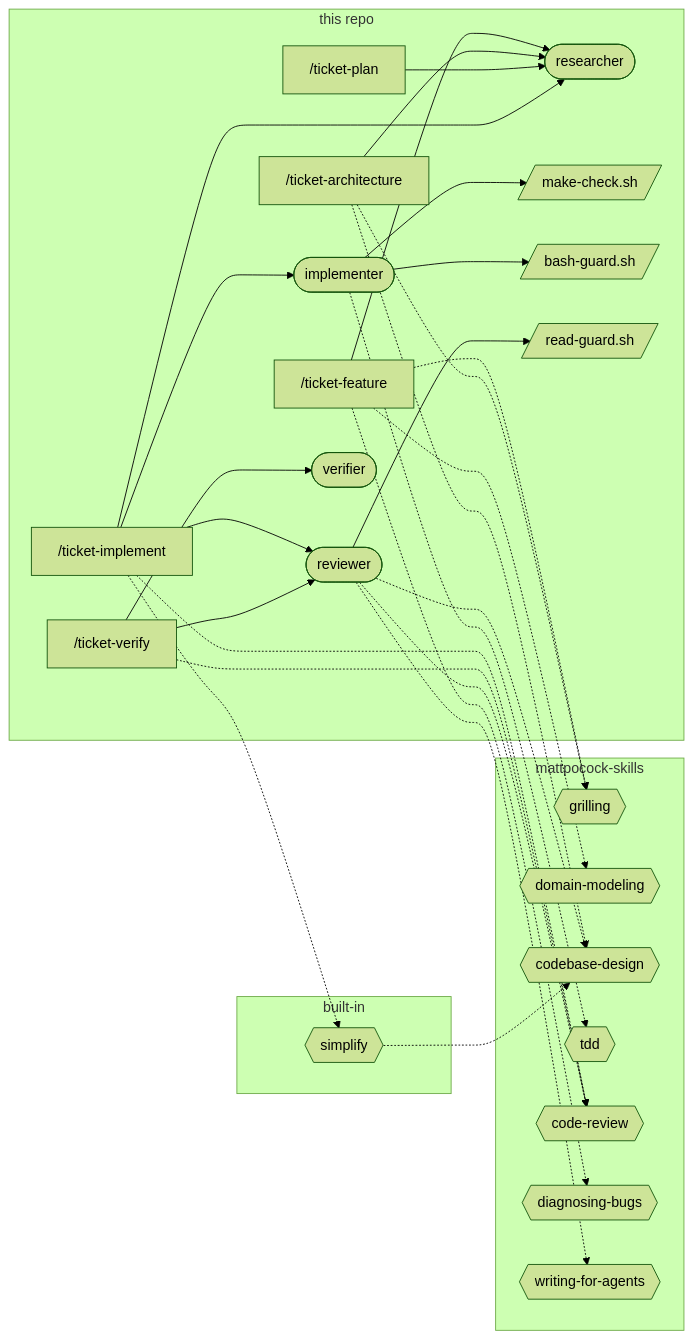
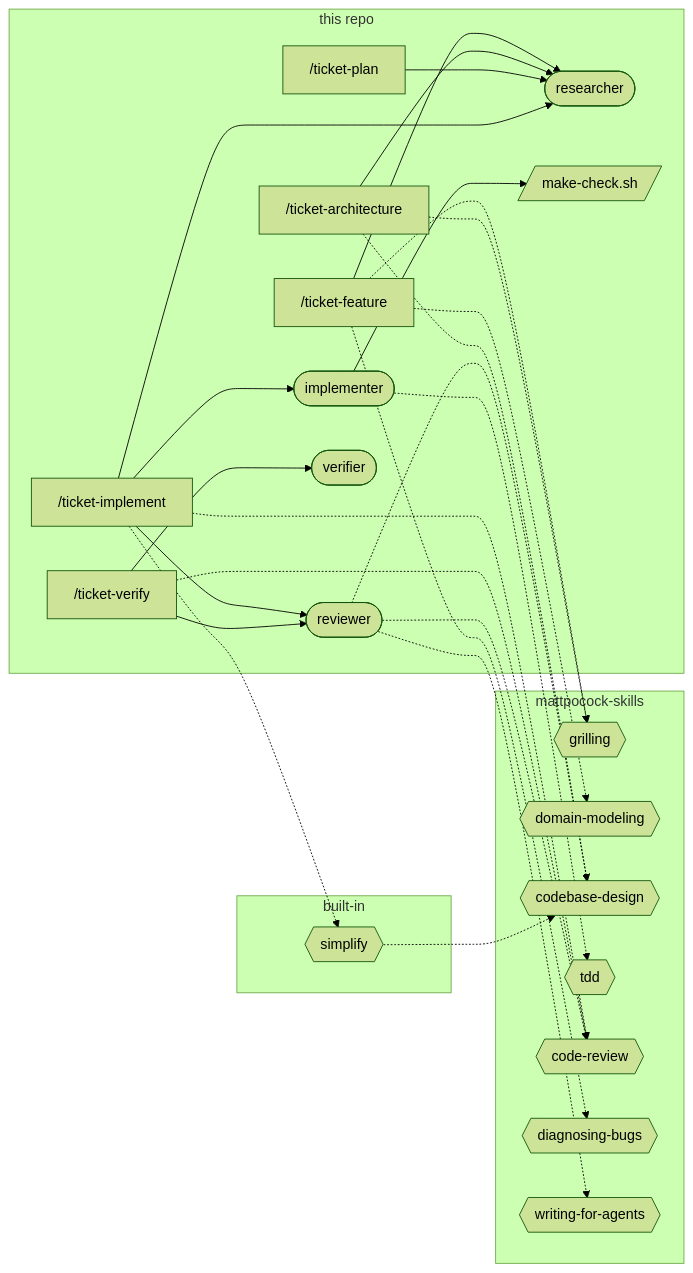
The second of 3 diagrams in docs/knowledge/sdd.md (khotei/app-template), drawn with Mermaid (forest theme) before and after one commit. The commit also changed other lines of this file and 6 other files, not shown here.

````diff
--- a/docs/knowledge/sdd.md
+++ b/docs/knowledge/sdd.md
@@ -78,43 +78,40 @@
 ```mermaid
 graph LR
   subgraph ours [this repo]
     feature["/ticket-feature"]
     arch["/ticket-architecture"]
     plan["/ticket-plan"]
     impl["/ticket-implement"]
     verify["/ticket-verify"]
     researcher([researcher])
     implementer([implementer])
     reviewer([reviewer])
     verifier([verifier])
     hook[/make-check.sh/]
-    guard[/bash-guard.sh/]
-    readguard[/read-guard.sh/]
   end
   subgraph plugin [mattpocock-skills]
     grilling{{grilling}}
     modeling{{domain-modeling}}
     design{{codebase-design}}
     tdd{{tdd}}
     review{{code-review}}
     diagnosing{{diagnosing-bugs}}
     writing{{writing-for-agents}}
   end
   subgraph builtin [built-in]
     simplify{{simplify}}
   end
   feature -.-> grilling & modeling & diagnosing
   feature --> researcher
   arch -.-> design & grilling
   arch --> researcher
   plan --> researcher
   impl --> implementer & reviewer & researcher
   impl -.-> review & simplify
   simplify -.-> design
   implementer -.-> tdd
-  implementer --> hook & guard
+  implementer --> hook
   verify --> verifier & reviewer
   verify -.-> review
   reviewer -.-> review & design & writing
-  reviewer --> readguard
 ```
````
